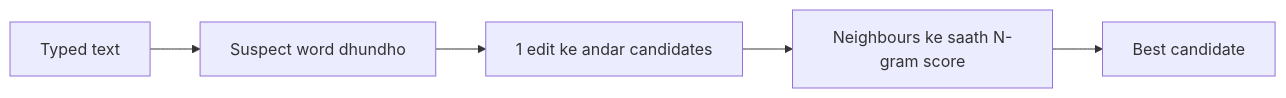
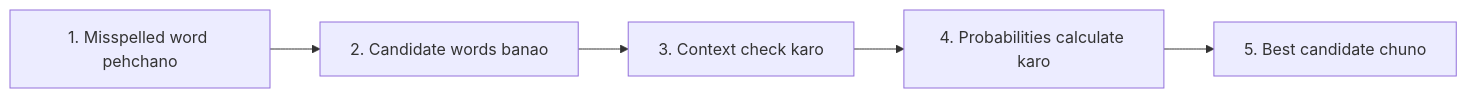
One commit to TrendySloth1001/sem-seven-notes changed the diagram in content/natural-language-processing/pyq/2023-05-ce/q1b.hi.mdx. Above: the diagram before and after it, drawn with Mermaid. The commit also changed other lines of this file and 406 other files, not shown here.

````diff
--- a/content/natural-language-processing/pyq/2023-05-ce/q1b.hi.mdx
+++ b/content/natural-language-processing/pyq/2023-05-ce/q1b.hi.mdx
@@ -20,8 +7,8 @@
 ```mermaid
-%% caption: N-gram model se spelling correction. Candidates ko is baat pe score milta hai ki wo aas-paas ke words ke saath kitne fit hain.
+%% caption: Bigram model se spelling correction ke paanch steps.
 flowchart LR
-  A["Typed text"] --> B["Suspect word dhundho"]
-  B --> C["1 edit ke andar candidates"]
-  C --> D["Neighbours ke saath N-gram score"]
-  D --> E["Best candidate"]
+  A["1. Misspelled word pehchano"] --> B["2. Candidate words banao"]
+  B --> C["3. Context check karo"]
+  C --> D["4. Probabilities calculate karo"]
+  D --> E["5. Best candidate chuno"]
 ```
````
